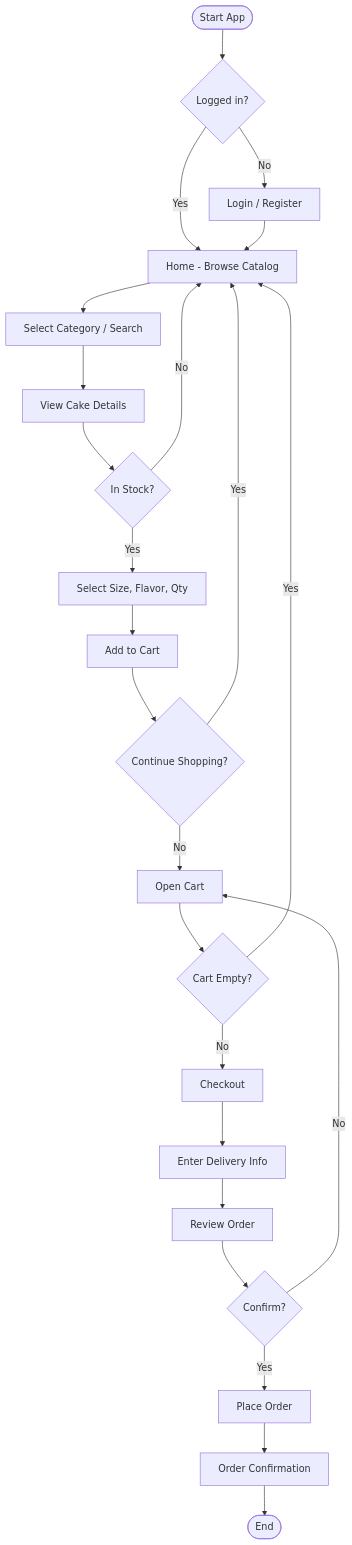
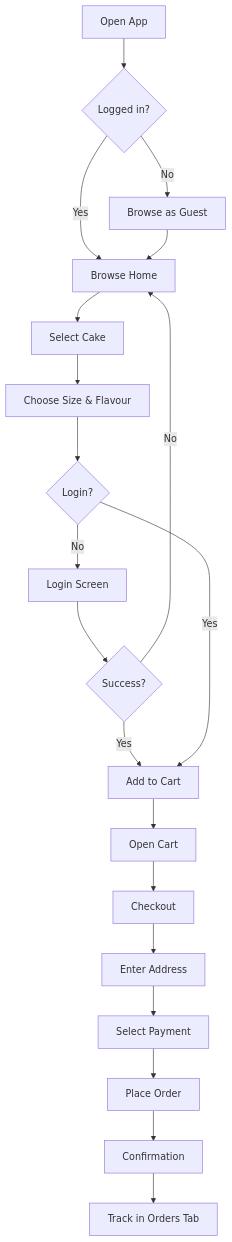
Before and after one commit to Saad2607/cake-shop-app: the fifth of 8 diagrams in docs/05_UML_Diagrams.md, drawn with Mermaid. The commit also changed other lines of this file and 132 other files, not shown here.

Commit message:
feat: add unified multi-role delivery partner ecosystem, KDS dispatch tab & liquid glass design, OTP delivery verification

````diff
--- a/docs/05_UML_Diagrams.md
+++ b/docs/05_UML_Diagrams.md
@@ -270,26 +192,22 @@
 ```mermaid
 flowchart TD
-    A([Start App]) --> B{Logged in?}
-    B -->|No| C[Login / Register]
-    B -->|Yes| D[Home - Browse Catalog]
+    A[Open App] --> B{Logged in?}
+    B -->|No| C[Browse as Guest]
+    B -->|Yes| D[Browse Home]
     C --> D
-    D --> E[Select Category / Search]
-    E --> F[View Cake Details]
-    F --> G{In Stock?}
-    G -->|No| D
-    G -->|Yes| H[Select Size, Flavor, Qty]
-    H --> I[Add to Cart]
-    I --> J{Continue Shopping?}
-    J -->|Yes| D
-    J -->|No| K[Open Cart]
-    K --> L{Cart Empty?}
-    L -->|Yes| D
-    L -->|No| M[Checkout]
-    M --> N[Enter Delivery Info]
-    N --> O[Review Order]
-    O --> P{Confirm?}
-    P -->|No| K
-    P -->|Yes| Q[Place Order]
-    Q --> R[Order Confirmation]
-    R --> S([End])
+    D --> E[Select Cake]
+    E --> F[Choose Size & Flavour]
+    F --> G{Login?}
+    G -->|No| H[Login Screen]
+    H --> G2{Success?}
+    G2 -->|No| D
+    G2 -->|Yes| I[Add to Cart]
+    G -->|Yes| I
+    I --> J[Open Cart]
+    J --> K[Checkout]
+    K --> L[Enter Address]
+    L --> M[Select Payment]
+    M --> N[Place Order]
+    N --> O[Confirmation]
+    O --> P[Track in Orders Tab]
 ```
````
